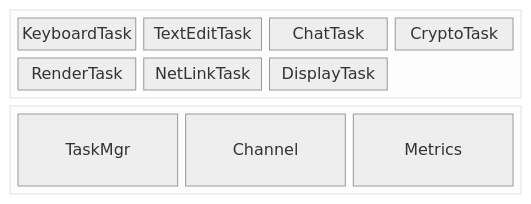
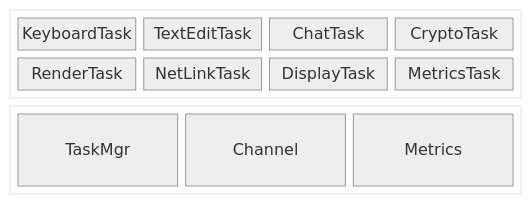
Before and after one commit to fluffy/bare-rust: the first of 4 diagrams in Architecture.md, drawn with Mermaid (neutral theme). The commit also changed other lines of this file, not shown here.

Commit message:
Architecture Data Flow Explanation

````diff
--- a/Architecture.md
+++ b/Architecture.md
@@ -3,20 +26,21 @@
 ```mermaid
 block-beta
     columns 1
-    block:DEV:1
-        columns 4 
+    block: DEV:1
+        columns 4
         KeyboardTask
         TextEditTask
         ChatTask
         CryptoTask
         RenderTask
         NetLinkTask
         DisplayTask
+        MetricsTask
     end
-    block:base:1
+    block: base:1
         columns 4
         TaskMgr
         Channel
         Metrics
     end
 ```
````
